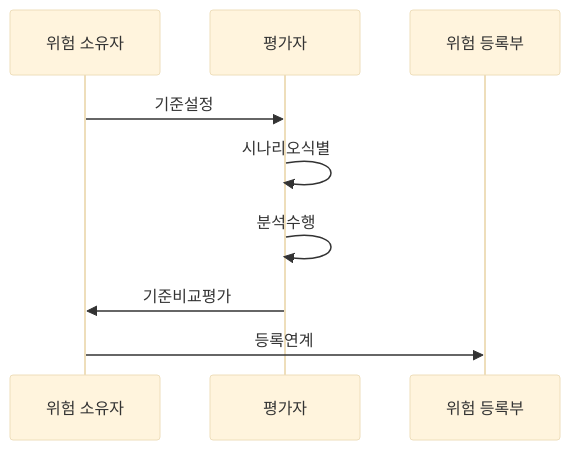
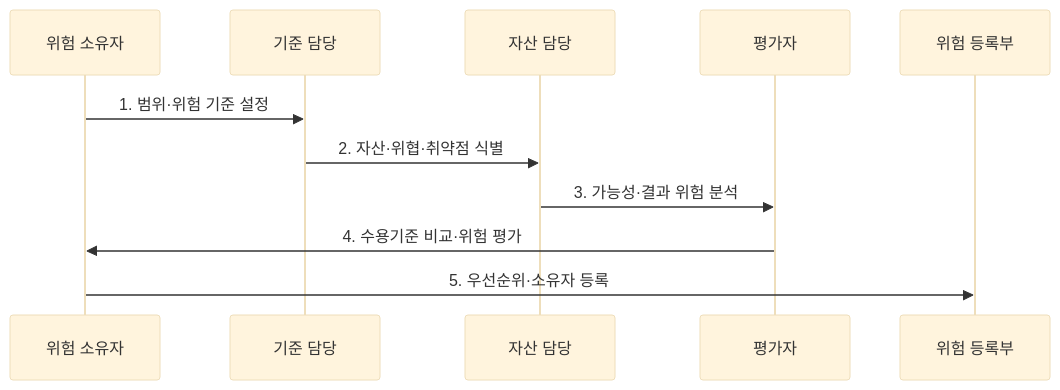
Before and after one commit to agnusdei1207/knowledge-base: the second of 2 diagrams in src/content/docs/notes/05-security/108_information_security_risk_assessment.md, drawn with Mermaid (base theme). The commit also changed other lines of this file and 6 other files, not shown here.

````diff
--- a/src/content/docs/notes/05-security/108_information_security_risk_assessment.md
+++ b/src/content/docs/notes/05-security/108_information_security_risk_assessment.md
@@ -71,11 +77,13 @@
 ```mermaid
 sequenceDiagram
   participant O as 위험 소유자
-  participant A as 평가자
+  participant C as 기준 담당
+  participant A as 자산 담당
+  participant E as 평가자
   participant R as 위험 등록부
-  O->>A: 기준설정
-  A->>A: 시나리오식별
-  A->>A: 분석수행
-  A->>O: 기준비교평가
-  O->>R: 등록연계
+  O->>C: 1. 범위·위험 기준 설정
+  C->>A: 2. 자산·위협·취약점 식별
+  A->>E: 3. 가능성·결과 위험 분석
+  E->>O: 4. 수용기준 비교·위험 평가
+  O->>R: 5. 우선순위·소유자 등록
 ```
````
